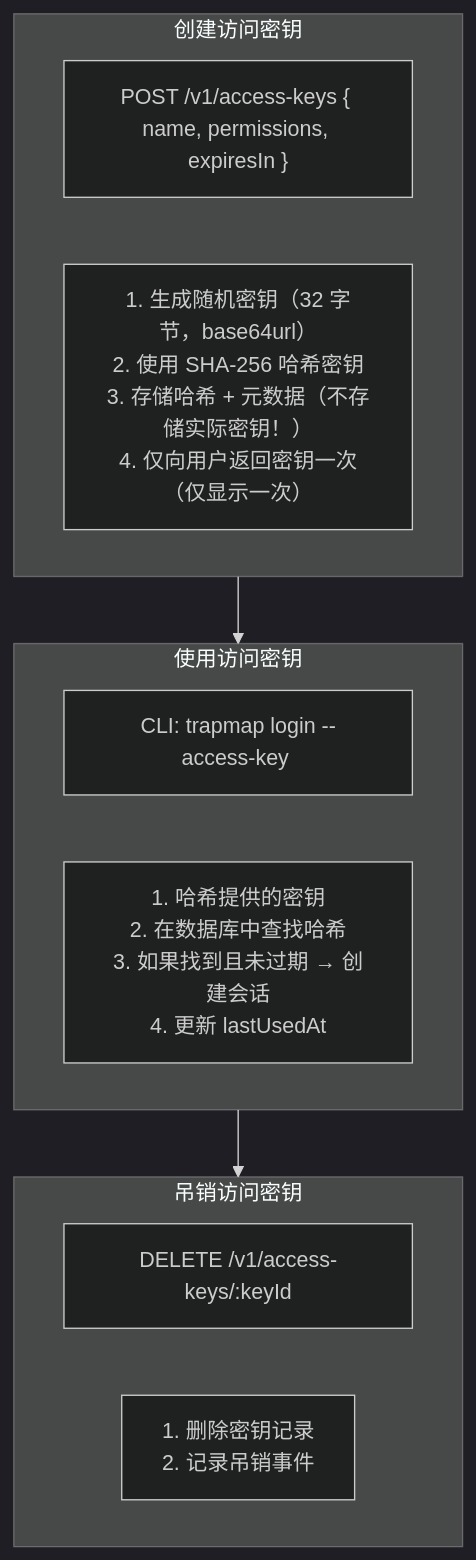
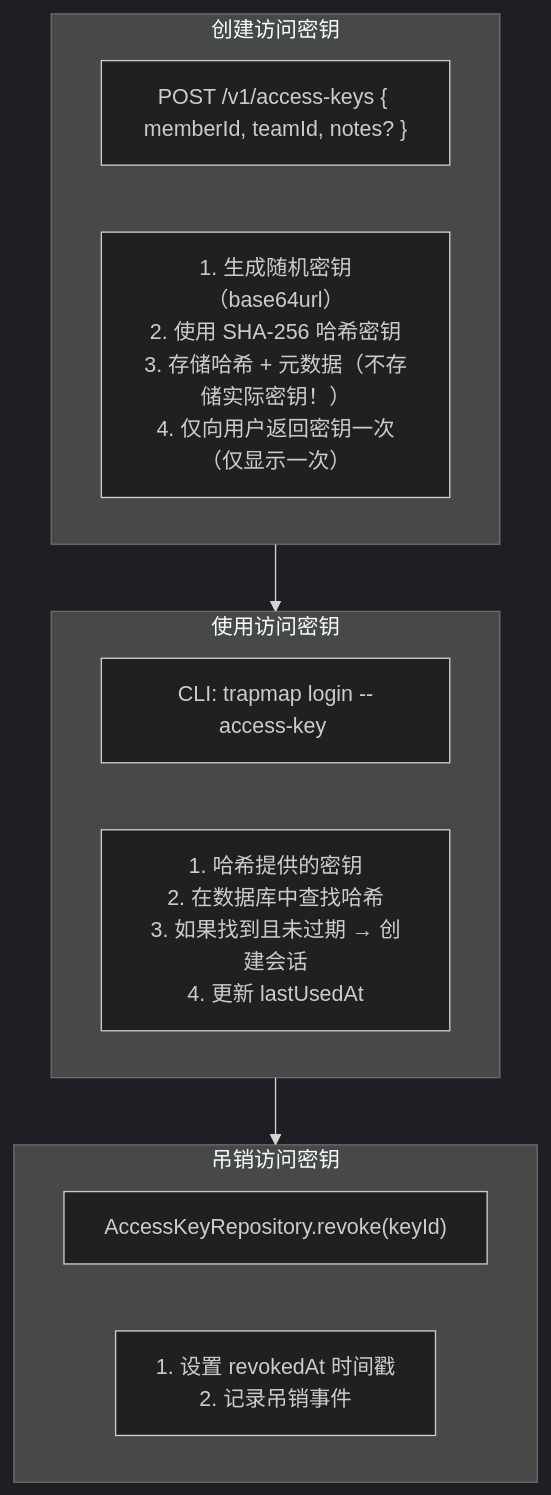
One commit to pofossette/TrapMap-for-vibing changed the third of 4 diagrams in docs/architecture/components/GOVERNANCE.md. Above: the diagram before and after it, drawn with Mermaid (dark theme). The commit also changed other lines of this file and 17 other files, not shown here.

````diff
--- a/docs/architecture/components/GOVERNANCE.md
+++ b/docs/architecture/components/GOVERNANCE.md
@@ -372,19 +347,19 @@
 ```mermaid
 flowchart TB
     subgraph 创建密钥["创建访问密钥"]
-        A1["POST /v1/access-keys { name, permissions, expiresIn }"]
-        A2["1. 生成随机密钥（32 字节，base64url）\n2. 使用 SHA-256 哈希密钥\n3. 存储哈希 + 元数据（不存储实际密钥！）\n4. 仅向用户返回密钥一次（仅显示一次）"]
+        A1["POST /v1/access-keys { memberId, teamId, notes? }"]
+        A2["1. 生成随机密钥（base64url）\n2. 使用 SHA-256 哈希密钥\n3. 存储哈希 + 元数据（不存储实际密钥！）\n4. 仅向用户返回密钥一次（仅显示一次）"]
     end
 
     subgraph 使用密钥["使用访问密钥"]
         B1["CLI: trapmap login --access-key <key>"]
         B2["1. 哈希提供的密钥\n2. 在数据库中查找哈希\n3. 如果找到且未过期 → 创建会话\n4. 更新 lastUsedAt"]
     end
 
     subgraph 吊销密钥["吊销访问密钥"]
-        C1["DELETE /v1/access-keys/:keyId"]
-        C2["1. 删除密钥记录\n2. 记录吊销事件"]
+        C1["AccessKeyRepository.revoke(keyId)"]
+        C2["1. 设置 revokedAt 时间戳\n2. 记录吊销事件"]
     end
 
     创建密钥 --> 使用密钥 --> 吊销密钥
 ```
````
